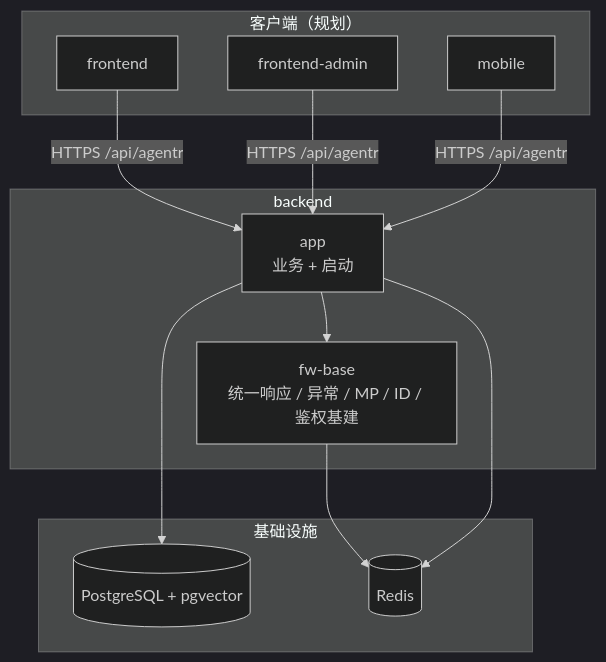
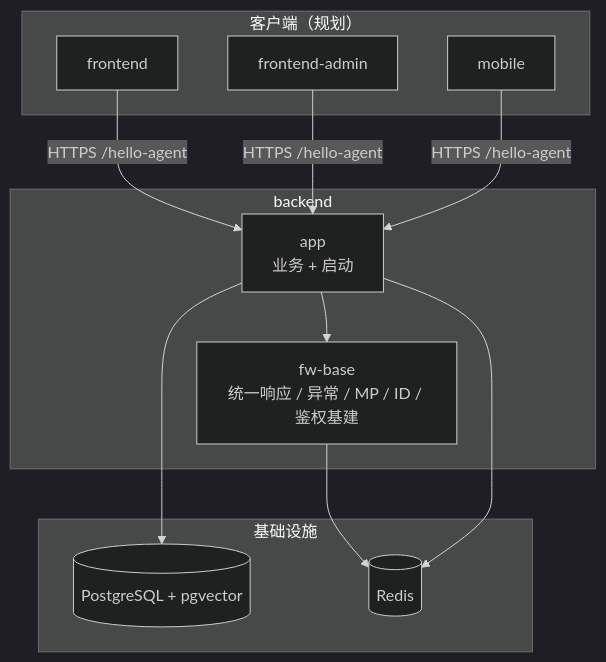
Before and after one commit to linuxjava/Hello-AgentR: the diagram in docs/backend/工程架构.md, drawn with Mermaid (dark theme). The commit also changed other lines of this file and 20 other files, not shown here.

````diff
--- a/docs/backend/工程架构.md
+++ b/docs/backend/工程架构.md
@@ -82,24 +82,24 @@
 ```mermaid
 flowchart TB
   subgraph clients["客户端（规划）"]
     FE[frontend]
     ADM[frontend-admin]
     MOB[mobile]
   end
 
   subgraph backend["backend"]
     APP[app<br/>业务 + 启动]
     FW[fw-base<br/>统一响应 / 异常 / MP / ID / 鉴权基建]
   end
 
   subgraph infra["基础设施"]
     PG[(PostgreSQL + pgvector)]
     RD[(Redis)]
   end
 
-  FE & ADM & MOB -->|"HTTPS /api/agentr"| APP
+  FE & ADM & MOB -->|"HTTPS /hello-agent"| APP
   APP --> FW
   APP --> PG
   FW --> RD
   APP --> RD
 ```
````
